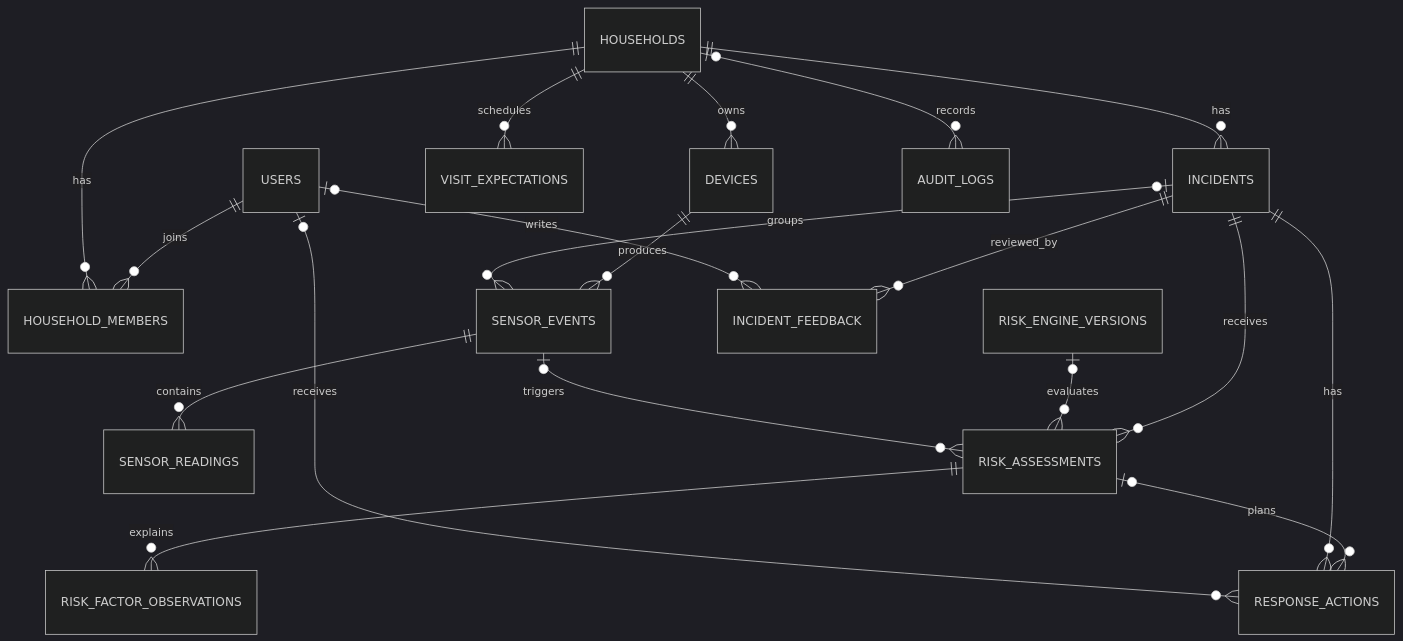
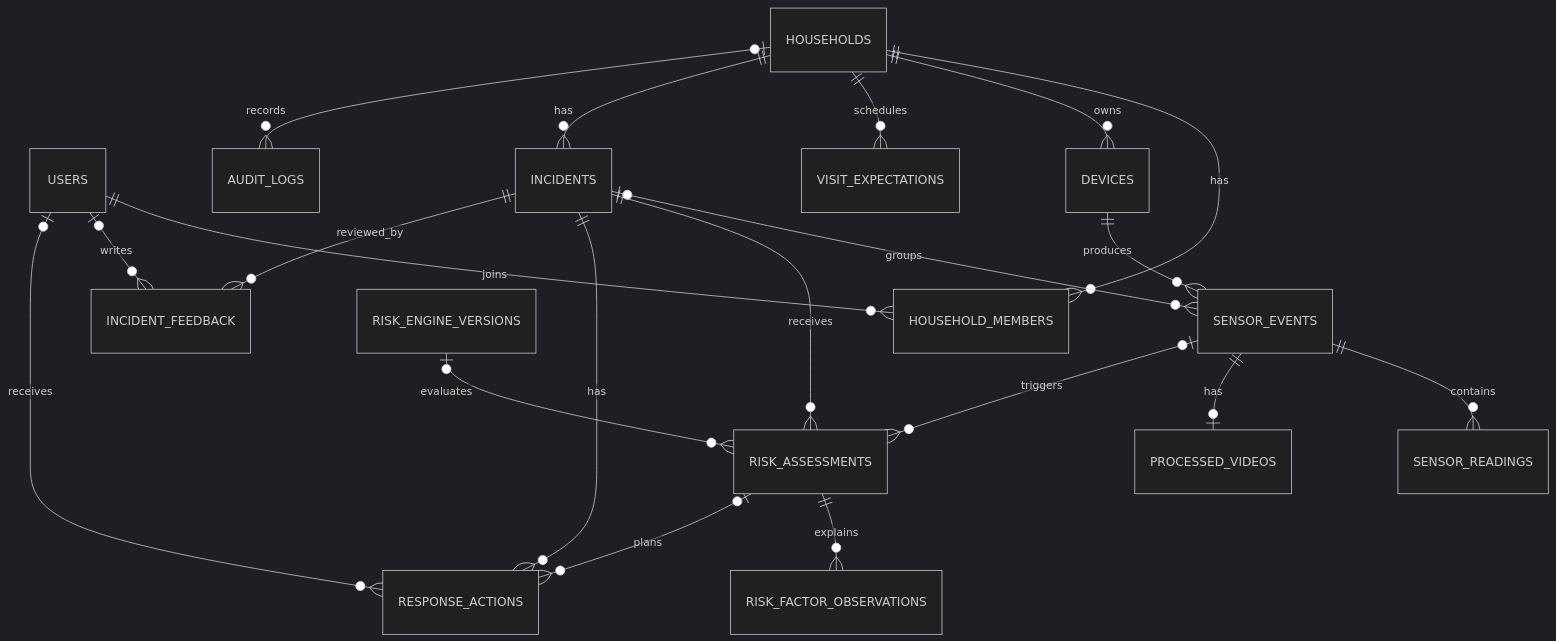
One commit to Uree1229/Risk-ZERO changed the third of 3 diagrams in docs/database-design.md. Above: the diagram before and after it, drawn with Mermaid (dark theme). The commit also changed other lines of this file and 16 other files, not shown here.

Commit message:
Read mobile events from SQLite and store processed media

````diff
--- a/docs/database-design.md
+++ b/docs/database-design.md
@@ -42,21 +44,22 @@
 ```mermaid
 erDiagram
     USERS ||--o{ HOUSEHOLD_MEMBERS : joins
     HOUSEHOLDS ||--o{ HOUSEHOLD_MEMBERS : has
     HOUSEHOLDS ||--o{ DEVICES : owns
     HOUSEHOLDS ||--o{ VISIT_EXPECTATIONS : schedules
     HOUSEHOLDS ||--o{ INCIDENTS : has
     DEVICES ||--o{ SENSOR_EVENTS : produces
     INCIDENTS o|--o{ SENSOR_EVENTS : groups
     SENSOR_EVENTS ||--o{ SENSOR_READINGS : contains
+    SENSOR_EVENTS ||--o| PROCESSED_VIDEOS : has
     INCIDENTS ||--o{ RISK_ASSESSMENTS : receives
     RISK_ENGINE_VERSIONS o|--o{ RISK_ASSESSMENTS : evaluates
     SENSOR_EVENTS o|--o{ RISK_ASSESSMENTS : triggers
     RISK_ASSESSMENTS ||--o{ RISK_FACTOR_OBSERVATIONS : explains
     RISK_ASSESSMENTS o|--o{ RESPONSE_ACTIONS : plans
     INCIDENTS ||--o{ RESPONSE_ACTIONS : has
     INCIDENTS ||--o{ INCIDENT_FEEDBACK : reviewed_by
     USERS o|--o{ INCIDENT_FEEDBACK : writes
     USERS o|--o{ RESPONSE_ACTIONS : receives
     HOUSEHOLDS o|--o{ AUDIT_LOGS : records
 ```
````
